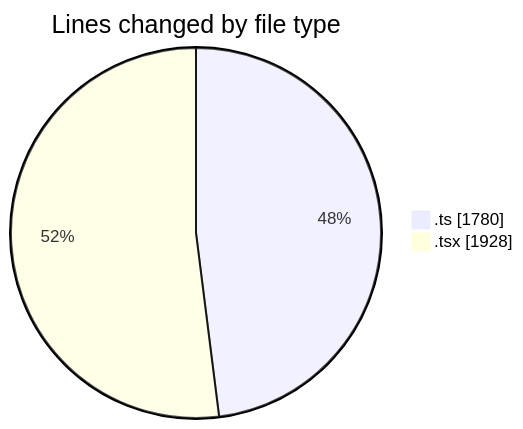
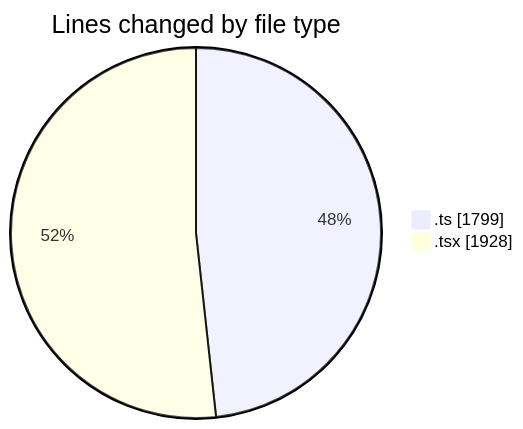
Before and after one commit to momahboobian/code-tracking: the first of 2 diagrams in 2025-07-01/cda/README.md, drawn with Mermaid. The commit also changed other lines of this file and 1 other file, not shown here.

````diff
--- a/2025-07-01/cda/README.md
+++ b/2025-07-01/cda/README.md
@@ -31,6 +31,6 @@
 ```mermaid
 pie showData
 title Lines changed by file type
-".ts" : 1780
+".ts" : 1799
 ".tsx" : 1928
 ```
````
